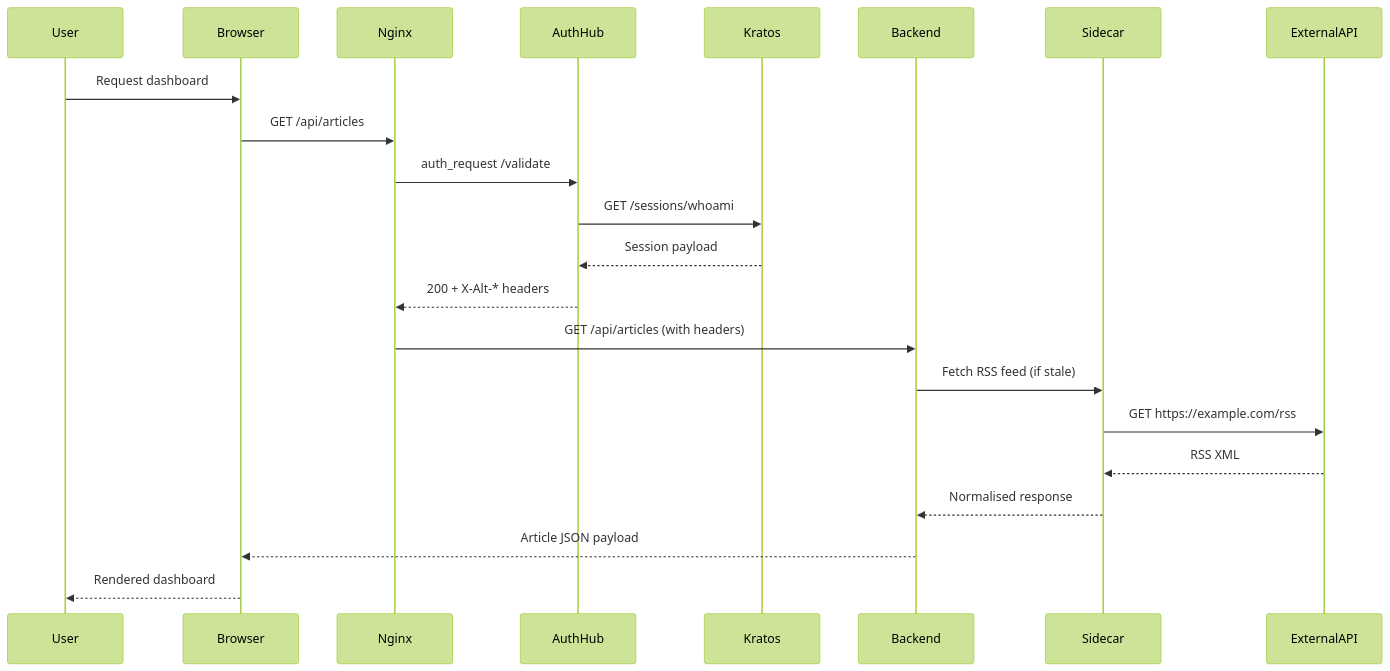
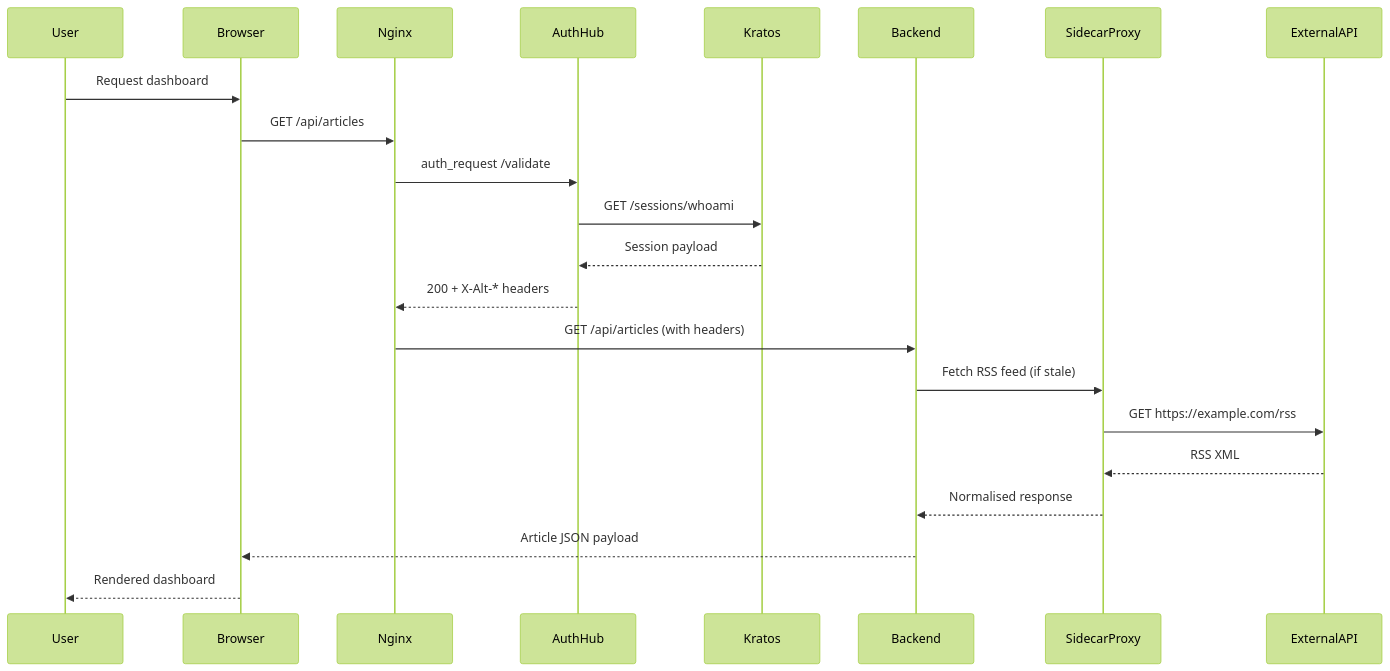
Before and after one commit to Kaikei-e/Alt: the fifth of 12 diagrams in README.md, drawn with Mermaid (forest theme). The commit also changed other lines of this file, not shown here.

First line of the commit message:
docs(architecture): update README with new service components and flow adjustments

````diff
--- a/README.md
+++ b/README.md
@@ -452,25 +470,25 @@
 ```mermaid
 sequenceDiagram
     participant User
     participant Browser
     participant Nginx
     participant AuthHub
     participant Kratos
     participant Backend
-    participant Sidecar
+    participant SidecarProxy
     participant ExternalAPI
 
     User->>Browser: Request dashboard
     Browser->>Nginx: GET /api/articles
     Nginx->>AuthHub: auth_request /validate
     AuthHub->>Kratos: GET /sessions/whoami
     Kratos-->>AuthHub: Session payload
     AuthHub-->>Nginx: 200 + X-Alt-* headers
     Nginx->>Backend: GET /api/articles (with headers)
-    Backend->>Sidecar: Fetch RSS feed (if stale)
-    Sidecar->>ExternalAPI: GET https://example.com/rss
-    ExternalAPI-->>Sidecar: RSS XML
-    Sidecar-->>Backend: Normalised response
+    Backend->>SidecarProxy: Fetch RSS feed (if stale)
+    SidecarProxy->>ExternalAPI: GET https://example.com/rss
+    ExternalAPI-->>SidecarProxy: RSS XML
+    SidecarProxy-->>Backend: Normalised response
     Backend-->>Browser: Article JSON payload
     Browser-->>User: Rendered dashboard
 ```
````
